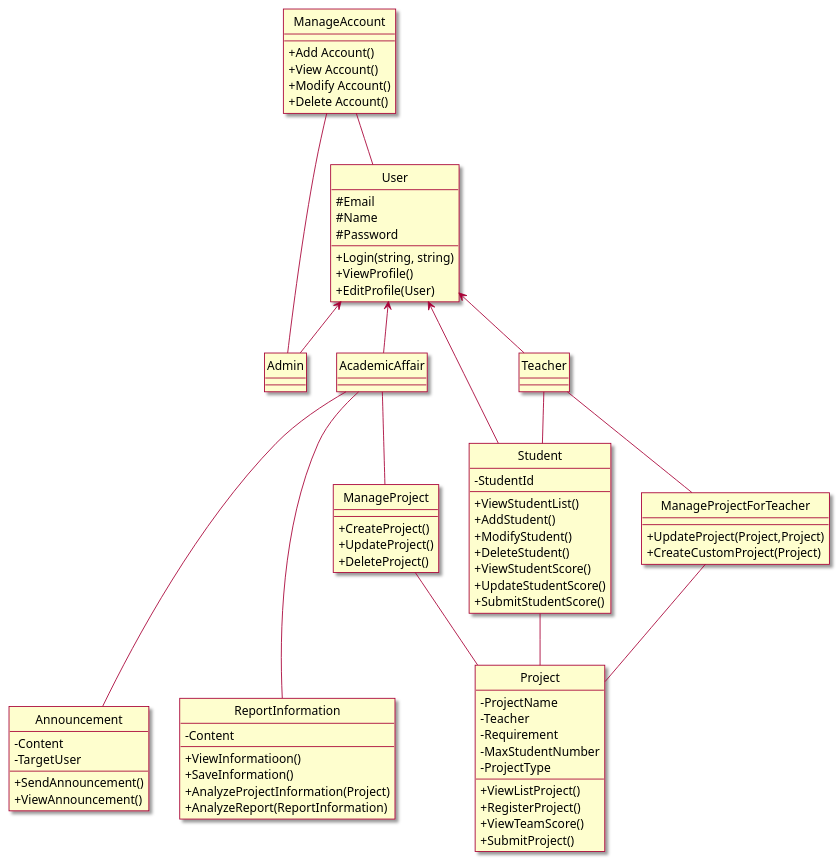
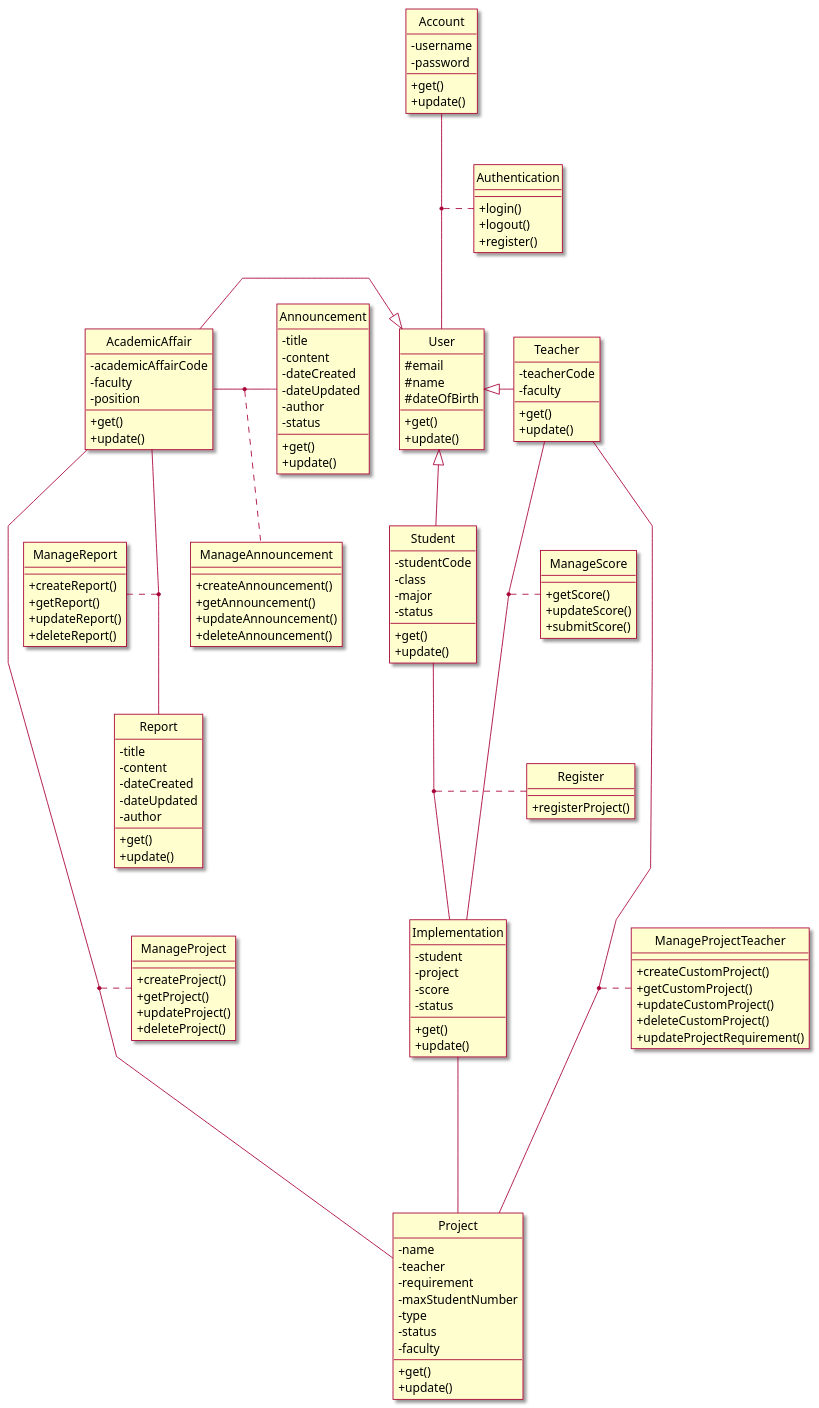
Before and after one commit to Marowota/SE100-plantuml: the diagram in Class Diagram/Class.puml, drawn with PlantUML. The commit also changed 2 other files, not shown here.

Commit message:
Update class diagram

```diff
--- a/Class Diagram/Class.puml
+++ b/Class Diagram/Class.puml
@@ -1,102 +1,161 @@
 @startuml Class Diagram
 
 skin rose
 skinparam classAttributeIconSize 0
+' skinparam linetype ortho
+skinparam linetype polyline
 hide circle
 
-class User {
-    # Email
-    # Name
-    # Password
+class Account {
+    - username
+    - password
 
-    + Login(string, string)
-    + ViewProfile()
-    + EditProfile(User)
+    + get()
+    + update()
 }
 
-class ManageAccount {
-    + Add Account()
-    + View Account()
-    + Modify Account()
-    + Delete Account()
+class User {
+    # email
+    # name
+    # dateOfBirth
+
+    + get()
+    + update()
 }
 
-class Admin {
-
+class Authentication {
+    + login()
+    + logout()
+    + register()
 }
 
 class AcademicAffair {
+    - academicAffairCode
+    - faculty
+    - position
 
+    + get()
+    + update()
 }
 
 class Student {
-    - StudentId
-    + ViewStudentList()
-    + AddStudent()
-    + ModifyStudent()
-    + DeleteStudent()
-    + ViewStudentScore()
-    + UpdateStudentScore()
-    + SubmitStudentScore()
+    - studentCode
+    - class
+    - major
+    - status
+
+    + get()
+    + update()
 }
 
 class Teacher {
+    - teacherCode
+    - faculty
 
+    + get()
+    + update()
 }
 
 class Announcement {
-    - Content
-    - TargetUser
-    + SendAnnouncement()
-    + ViewAnnouncement()
+    - title
+    - content
+    - dateCreated
+    - dateUpdated
+    - author
+    - status
+
+    + get()
+    + update()
 }
 
-class ReportInformation {
-    - Content
-    + ViewInformatioon()
-    + SaveInformation()
-    + AnalyzeProjectInformation(Project)
-    + AnalyzeReport(ReportInformation)
+class Report {
+    - title
+    - content
+    - dateCreated
+    - dateUpdated
+    - author
+
+    + get()
+    + update()
 }
 
 class Project {
-    - ProjectName
-    - Teacher
-    - Requirement
-    - MaxStudentNumber
-    - ProjectType
-    + ViewListProject()
-    + RegisterProject()
-    + ViewTeamScore()
-    + SubmitProject()
+    - name
+    - teacher
+    - requirement
+    - maxStudentNumber
+    - type
+    - status
+    - faculty
+
+    + get()
+    + update()
 }
 
 class ManageProject {
-    + CreateProject()
-    + UpdateProject()
-    + DeleteProject()
+    + createProject()
+    + getProject()
+    + updateProject()
+    + deleteProject()
 }
 
-class ManageProjectForTeacher {
-    + UpdateProject(Project,Project)
-    + CreateCustomProject(Project)
+class ManageProjectTeacher {
+    + createCustomProject()
+    + getCustomProject()
+    + updateCustomProject()
+    + deleteCustomProject()
+    + updateProjectRequirement()
 }
 
-User <-- Admin
-User <-- AcademicAffair
-User <-- Student
-User <-- Teacher
+class Implementation {
+    - student
+    - project
+    - score
+    - status
 
-ManageAccount -- Admin
-ManageAccount -- User
-AcademicAffair --- ReportInformation
-AcademicAffair --- Announcement
-AcademicAffair -- ManageProject
-Student -- Project
-Teacher -- Student
-Teacher -- ManageProjectForTeacher
-ManageProject -- Project
-ManageProjectForTeacher -- Project
+    + get()
+    + update()
+}
 
+class Register {
+    + registerProject()
+}
 
+class ManageScore {
+    + getScore()
+    + updateScore()
+    + submitScore()
+}
+
+class ManageReport {
+    + createReport()
+    + getReport()
+    + updateReport()
+    + deleteReport()
+}
+
+class ManageAnnouncement {
+    + createAnnouncement()
+    + getAnnouncement()
+    + updateAnnouncement()
+    + deleteAnnouncement()
+}
+
+Account -- User
+(Account, User) .. Authentication
+Student  -up-^ User
+User ^-right- Teacher
+User ^-left- AcademicAffair
+Project -up- Implementation
+Student -down- Implementation
+(Student, Implementation) .. Register
+AcademicAffair -left- Announcement
+AcademicAffair -up- Report
+AcademicAffair ---- Project
+(AcademicAffair, Project) .... ManageProject
+Teacher ---- Project
+(Teacher, Project) .... ManageProjectTeacher
+(Teacher, Implementation) .... ManageScore
+ManageReport .. (AcademicAffair, Report)
+(AcademicAffair, Announcement) .. ManageAnnouncement
 @enduml
```
